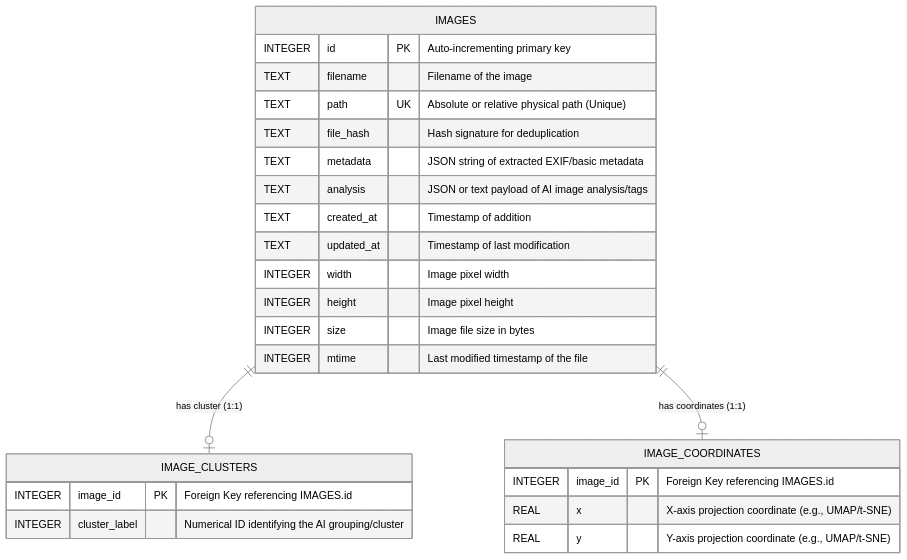
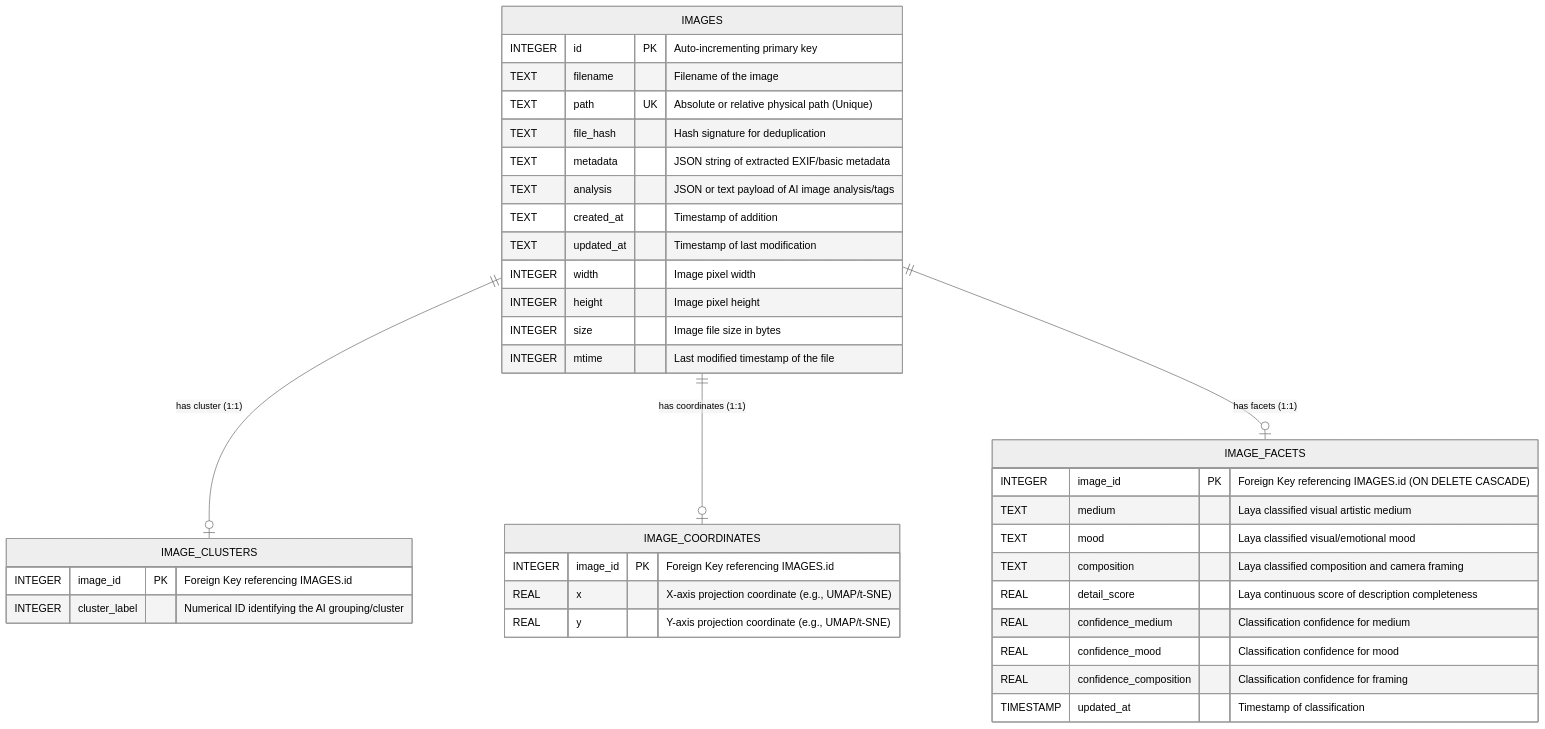
The diagram in images_db_readme.md (hellonearthis/LM-AI-studio), drawn with Mermaid (neutral theme) before and after one commit. The commit also changed other lines of this file and 26 other files, not shown here.

Commit message:
Integrate llama.cpp and Laya classification engine, stabilize database row grid, and update documentation

````diff
--- a/images_db_readme.md
+++ b/images_db_readme.md
@@ -7,31 +7,44 @@
 ```mermaid
 erDiagram
     IMAGES ||--o| IMAGE_CLUSTERS : "has cluster (1:1)"
     IMAGES ||--o| IMAGE_COORDINATES : "has coordinates (1:1)"
+    IMAGES ||--o| IMAGE_FACETS : "has facets (1:1)"
 
     IMAGES {
         INTEGER id PK "Auto-incrementing primary key"
         TEXT filename "Filename of the image"
         TEXT path UK "Absolute or relative physical path (Unique)"
         TEXT file_hash "Hash signature for deduplication"
         TEXT metadata "JSON string of extracted EXIF/basic metadata"
         TEXT analysis "JSON or text payload of AI image analysis/tags"
         TEXT created_at "Timestamp of addition"
         TEXT updated_at "Timestamp of last modification"
         INTEGER width "Image pixel width"
         INTEGER height "Image pixel height"
         INTEGER size "Image file size in bytes"
         INTEGER mtime "Last modified timestamp of the file"
     }
 
     IMAGE_CLUSTERS {
         INTEGER image_id PK "Foreign Key referencing IMAGES.id"
         INTEGER cluster_label "Numerical ID identifying the AI grouping/cluster"
     }
 
     IMAGE_COORDINATES {
         INTEGER image_id PK "Foreign Key referencing IMAGES.id"
         REAL x "X-axis projection coordinate (e.g., UMAP/t-SNE)"
         REAL y "Y-axis projection coordinate (e.g., UMAP/t-SNE)"
     }
+
+    IMAGE_FACETS {
+        INTEGER image_id PK "Foreign Key referencing IMAGES.id (ON DELETE CASCADE)"
+        TEXT medium "Laya classified visual artistic medium"
+        TEXT mood "Laya classified visual/emotional mood"
+        TEXT composition "Laya classified composition and camera framing"
+        REAL detail_score "Laya continuous score of description completeness"
+        REAL confidence_medium "Classification confidence for medium"
+        REAL confidence_mood "Classification confidence for mood"
+        REAL confidence_composition "Classification confidence for framing"
+        TIMESTAMP updated_at "Timestamp of classification"
+    }
 ```
````
